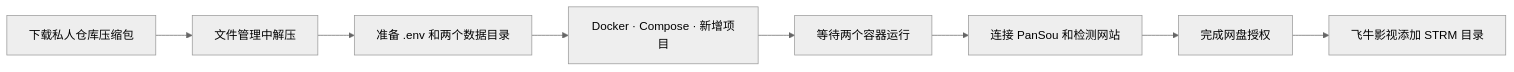
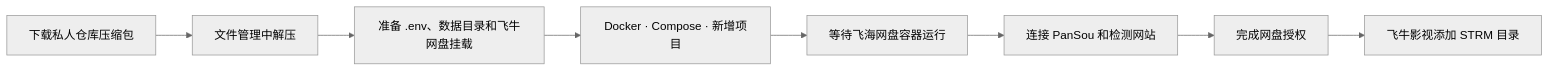
One commit to micaibiji/feihai-netdisk changed the diagram in docs/FNOS_INSTALL.md. Above: the diagram before and after it, drawn with Mermaid (neutral theme). The commit also changed other lines of this file and 10 other files, not shown here.

````diff
--- a/docs/FNOS_INSTALL.md
+++ b/docs/FNOS_INSTALL.md
@@ -7,10 +7,10 @@
 ```mermaid
 flowchart LR
     A[下载私人仓库压缩包] --> B[文件管理中解压]
-    B --> C[准备 .env 和两个数据目录]
+    B --> C[准备 .env、数据目录和飞牛网盘挂载]
     C --> D[Docker · Compose · 新增项目]
-    D --> E[等待两个容器运行]
+    D --> E[等待飞海网盘容器运行]
     E --> F[连接 PanSou 和检测网站]
     F --> G[完成网盘授权]
     G --> H[飞牛影视添加 STRM 目录]
 ```
````
